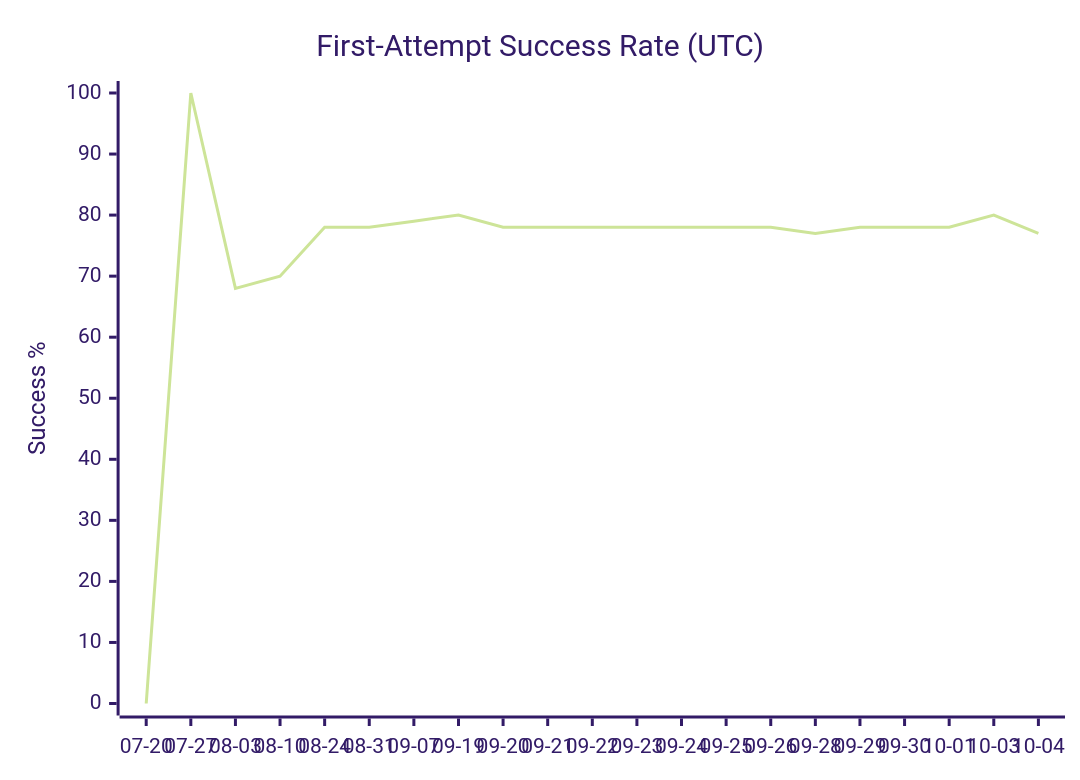
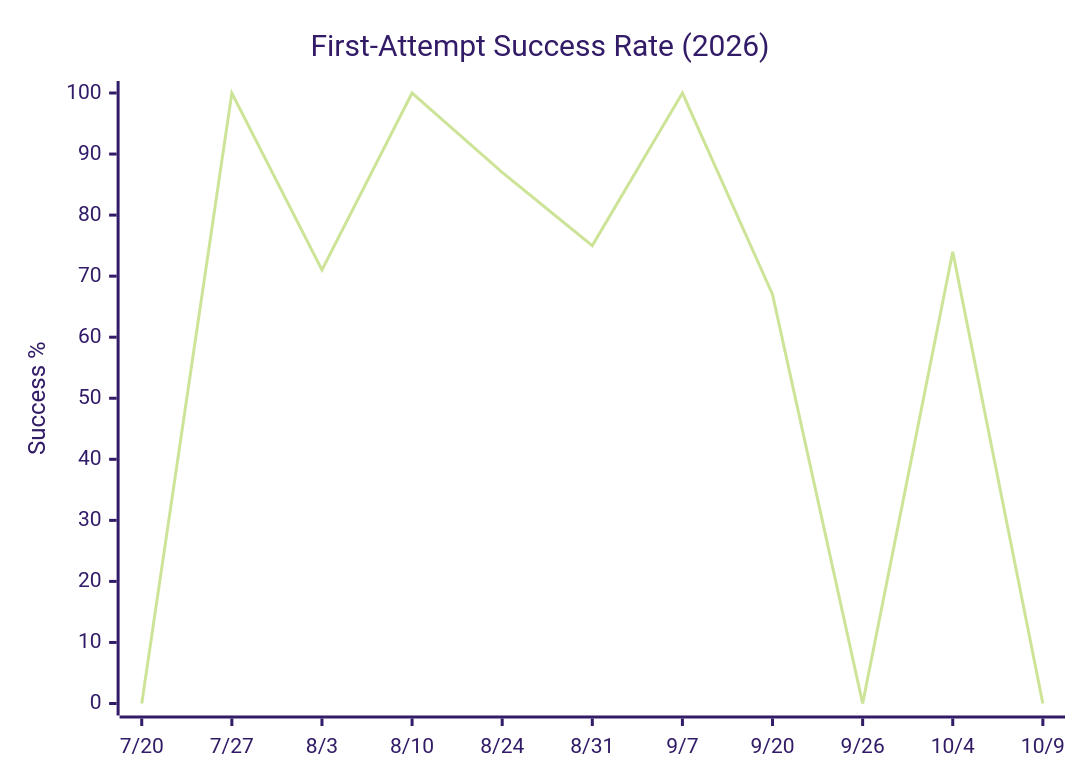
Before and after one commit to Sanctum-Origo-Systems/patina: the first of 3 diagrams in EVAL.md, drawn with Mermaid (forest theme). The commit also changed other lines of this file and 1 other file, not shown here.

````diff
--- a/EVAL.md
+++ b/EVAL.md
@@ -58,7 +63,7 @@
 ```mermaid
 xychart-beta
-    title "First-Attempt Success Rate (UTC)"
-    x-axis ["07-20", "07-27", "08-03", "08-10", "08-24", "08-31", "09-07", "09-19", "09-20", "09-21", "09-22", "09-23", "09-24", "09-25", "09-26", "09-28", "09-29", "09-30", "10-01", "10-03", "10-04"]
+    title "First-Attempt Success Rate (2026)"
+    x-axis ["7/20", "7/27", "8/3", "8/10", "8/24", "8/31", "9/7", "9/20", "9/26", "10/4", "10/9"]
     y-axis "Success %" 0 --> 100
-    line [0, 100, 68, 70, 78, 78, 79, 80, 78, 78, 78, 78, 78, 78, 78, 77, 78, 78, 78, 80, 77]
+    line [0, 100, 71, 100, 87, 75, 100, 67, 0, 74, 0]
 ```
````
